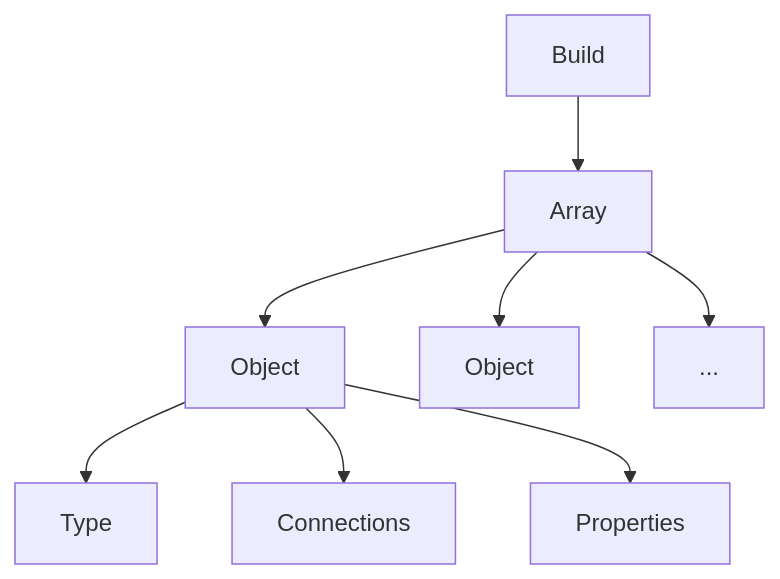
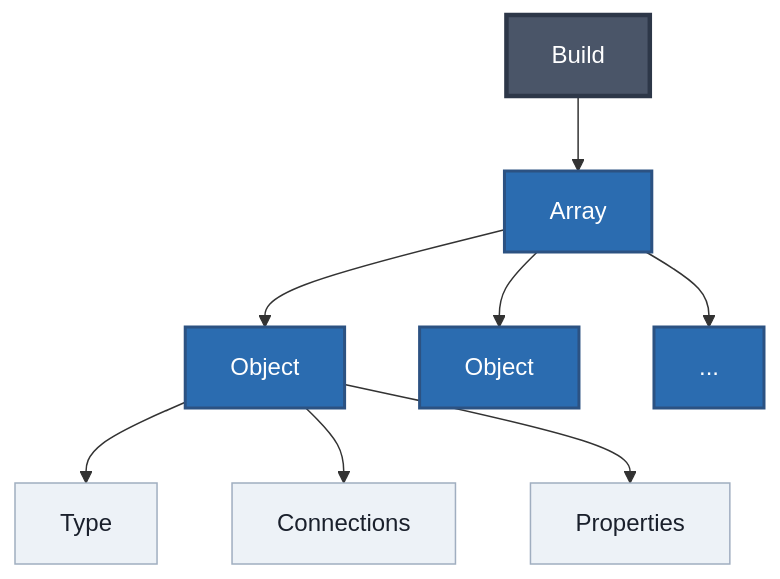
The seventh of 11 diagrams in compression/encoding.md (JuanCrakYT/RtG-Format), drawn with Mermaid before and after one commit. The commit also changed other lines of this file and 1 other file, not shown here.

Commit message:
Starting Mermaid

````diff
--- a/compression/encoding.md
+++ b/compression/encoding.md
@@ -473,11 +520,19 @@
 ```mermaid
 flowchart TD
     A["Build"] --> B["Array"]
     B --> C["Object"]
     B --> D["Object"]
     B --> E["..."]
 
     C --> C1["Type"]
     C --> C2["Connections"]
     C --> C3["Properties"]
+
+    classDef root fill:#4a5568,color:#fff,stroke:#2d3748,stroke-width:3px;
+    classDef branch fill:#2b6cb0,color:#fff,stroke:#2c5282,stroke-width:2px;
+    classDef detail fill:#edf2f7,color:#1a202c,stroke:#a0aec0;
+
+    class A root;
+    class B,C,D,E branch;
+    class C1,C2,C3 detail;
 ```
````
